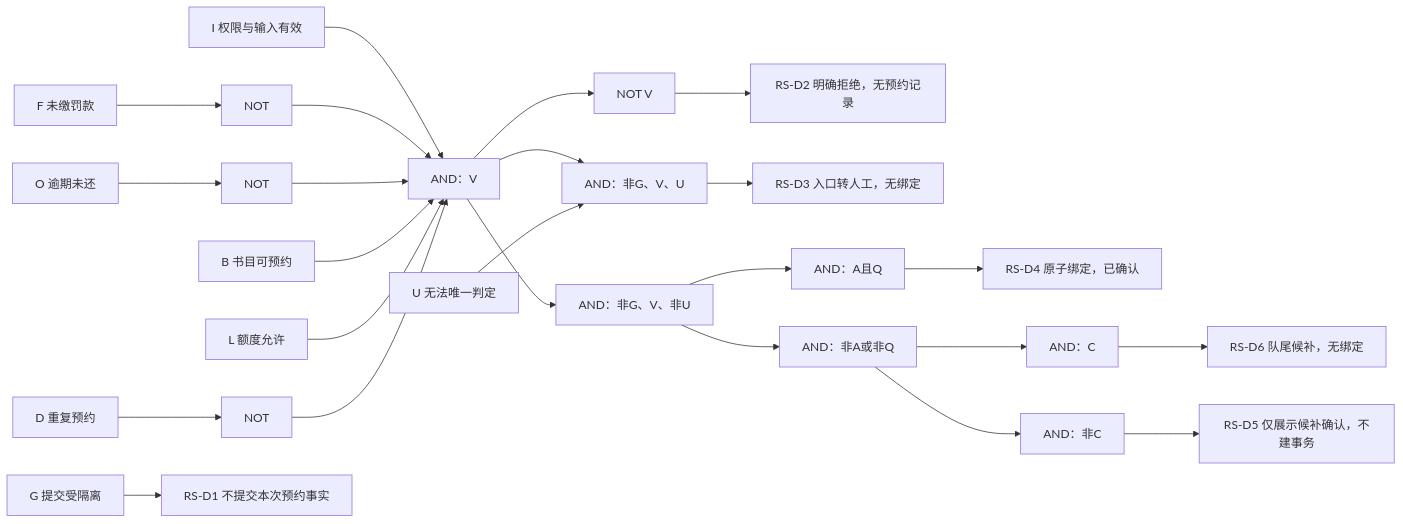
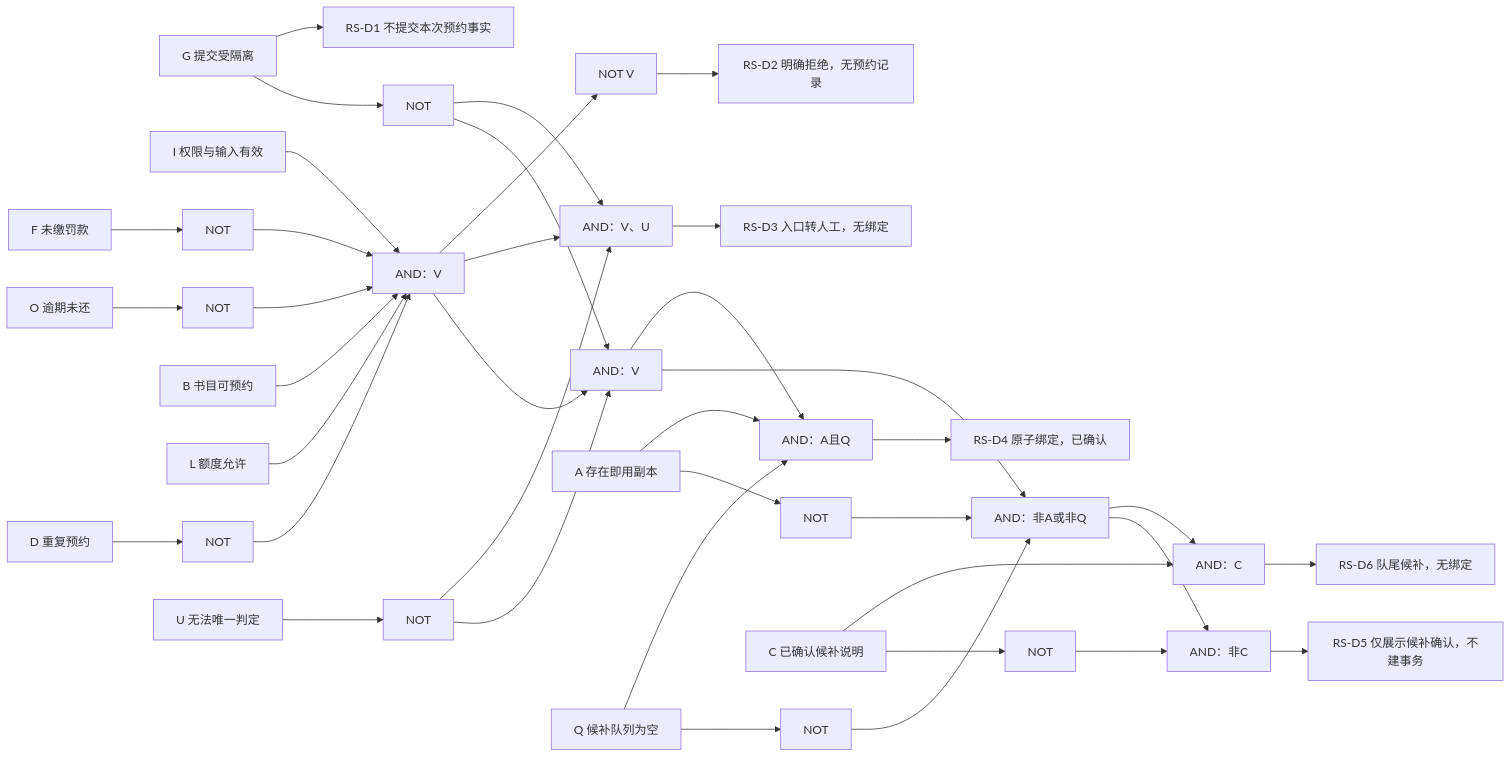
The first of 9 diagrams in docs/02-overall-design/MLS-DOC-OD-0003.md (whitecait/MyLibrarySystem), drawn with Mermaid before and after one commit. The commit also changed other lines of this file and 2 other files, not shown here.

````diff
--- a/docs/02-overall-design/MLS-DOC-OD-0003.md
+++ b/docs/02-overall-design/MLS-DOC-OD-0003.md
@@ -48,19 +50,36 @@
 ```mermaid
 flowchart LR
+    G["G 提交受隔离"] --> BLOCK["RS-D1 不提交本次预约事实"]
+    G --> NG["NOT"]
     I["I 权限与输入有效"] --> ANDV["AND：V"]
     F["F 未缴罚款"] --> NF["NOT"] --> ANDV
     O["O 逾期未还"] --> NO["NOT"] --> ANDV
     B["B 书目可预约"] --> ANDV
     L["L 额度允许"] --> ANDV
     D["D 重复预约"] --> ND["NOT"] --> ANDV
     ANDV --> NV["NOT V"] --> REJ["RS-D2 明确拒绝，无预约记录"]
-    G["G 提交受隔离"] --> BLOCK["RS-D1 不提交本次预约事实"]
-    ANDV --> M["AND：非G、V、U"]
-    U["U 无法唯一判定"] --> M --> MAN["RS-D3 入口转人工，无绑定"]
-    ANDV --> OK["AND：非G、V、非U"]
-    OK --> DIRECT["AND：A且Q"]
+    U["U 无法唯一判定"] --> NU["NOT"]
+    ANDV --> M["AND：V、U"]
+    NG --> M
+    NU --> M
+    M --> MAN["RS-D3 入口转人工，无绑定"]
+    ANDV --> OK["AND：V"]
+    NG --> OK
+    NU --> OK
+    A["A 存在即用副本"] --> DIRECT["AND：A且Q"]
+    Q["Q 候补队列为空"] --> DIRECT
+    OK --> DIRECT
     DIRECT --> CONF["RS-D4 原子绑定，已确认"]
+    A --> NNA["NOT"]
+    Q --> NNQ["NOT"]
     OK --> WAIT["AND：非A或非Q"]
-    WAIT --> WC["AND：C"] --> QUEUE["RS-D6 队尾候补，无绑定"]
-    WAIT --> WN["AND：非C"] --> ASK["RS-D5 仅展示候补确认，不建事务"]
+    NNA --> WAIT
+    NNQ --> WAIT
+    C["C 已确认候补说明"] --> WC["AND：C"]
+    C --> NNC["NOT"]
+    WAIT --> WC
+    WAIT --> WN["AND：非C"]
+    NNC --> WN
+    WC --> QUEUE["RS-D6 队尾候补，无绑定"]
+    WN --> ASK["RS-D5 仅展示候补确认，不建事务"]
 ```
````
